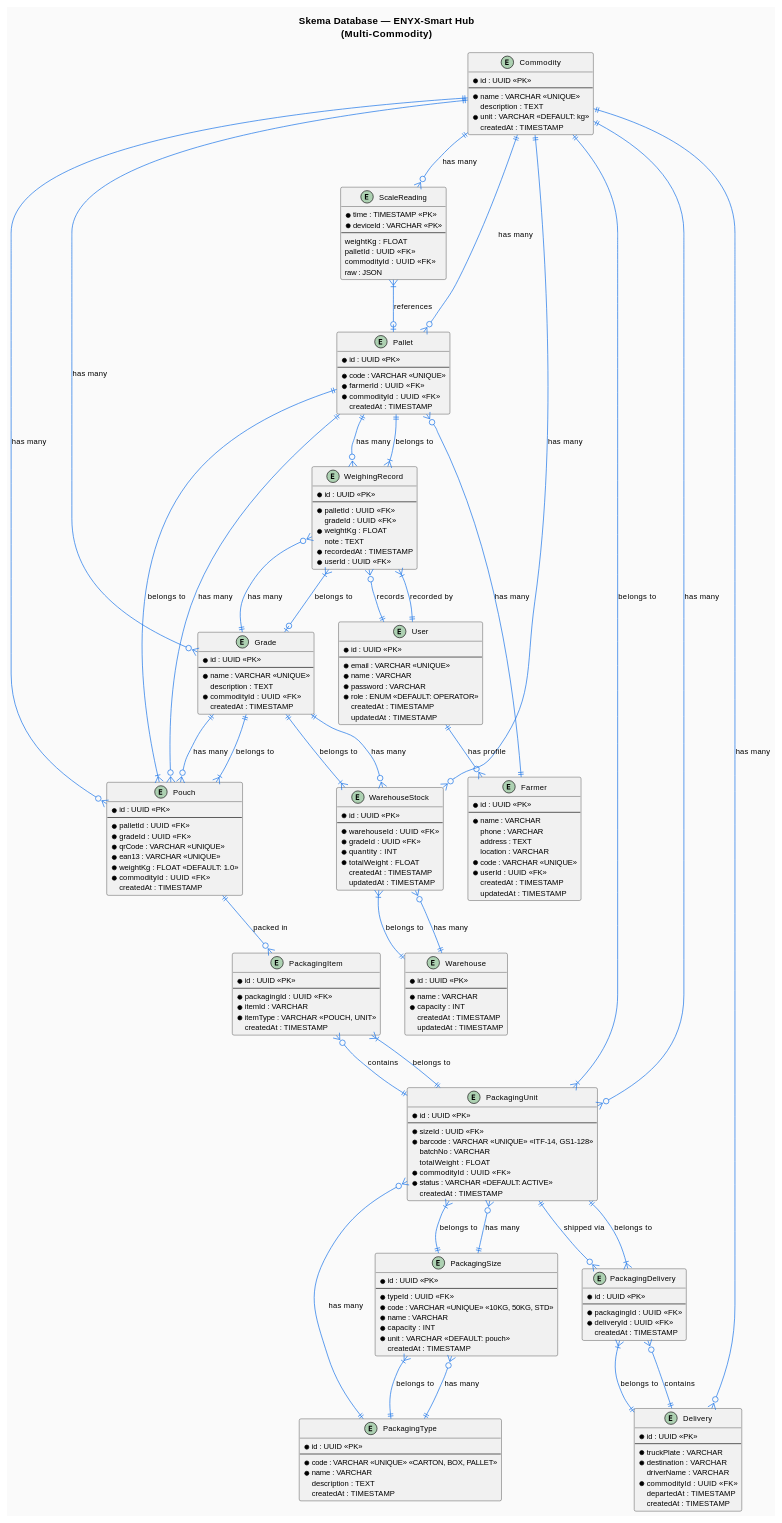
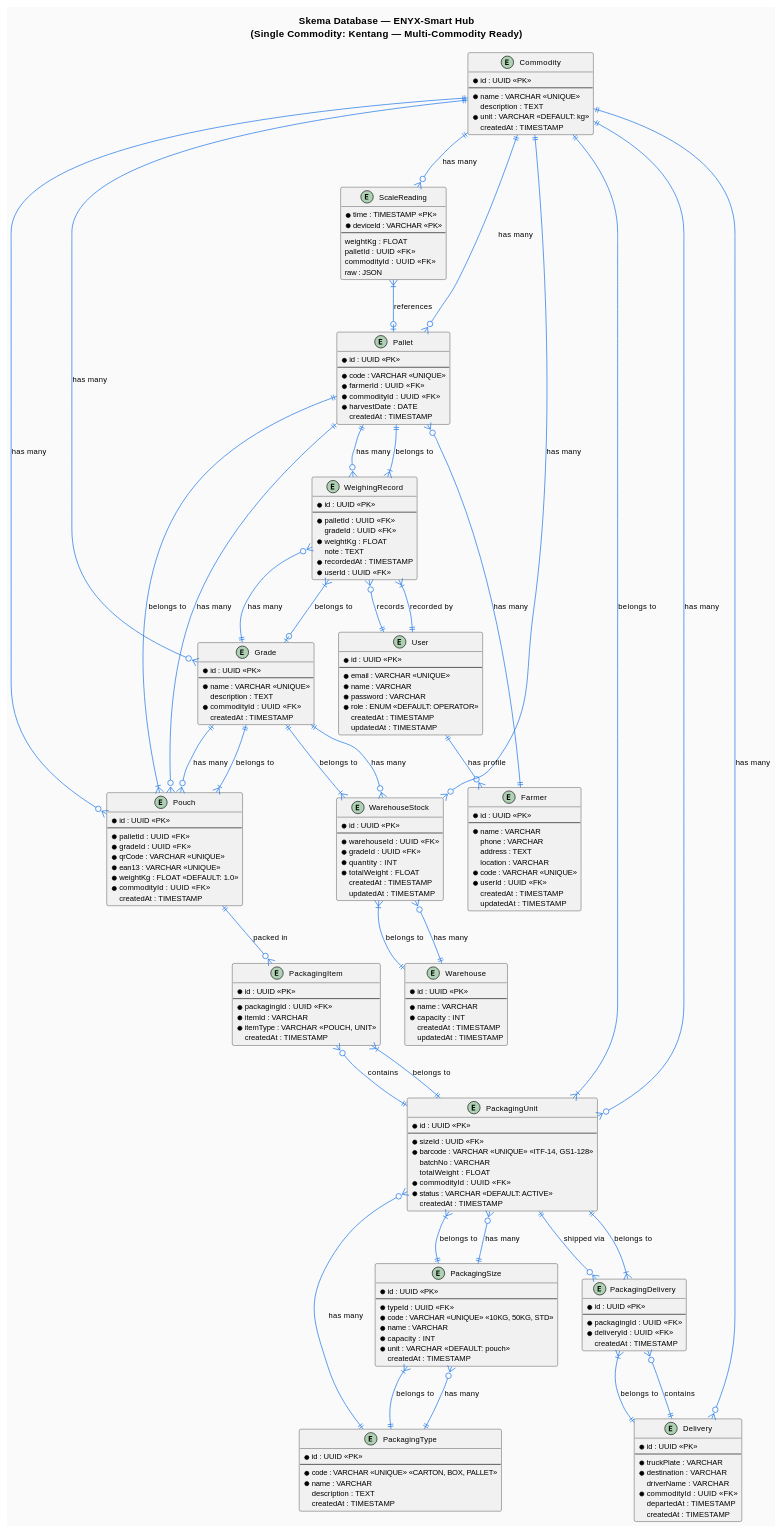
The third of 3 diagrams in docs/DIAGRAM.md (Rezen351/smarthub), drawn with PlantUML before and after one commit. The commit also changed other lines of this file and 16 other files, not shown here.

```diff
--- a/docs/DIAGRAM.md
+++ b/docs/DIAGRAM.md
@@ -462,7 +406,7 @@
 skinparam DefaultFontName Arial
 skinparam DefaultFontSize 11
 
-title Skema Database — ENYX-Smart Hub\n(Multi-Commodity)
+title Skema Database — ENYX-Smart Hub\n(Single Commodity: Kentang — Multi-Commodity Ready)
 
 ' ============================================================
 ' CORE MODELS
@@ -507,6 +451,7 @@
   *code : VARCHAR <<UNIQUE>>
   *farmerId : UUID <<FK>>
   *commodityId : UUID <<FK>>
+  *harvestDate : DATE
   createdAt : TIMESTAMP
 }
 
```
